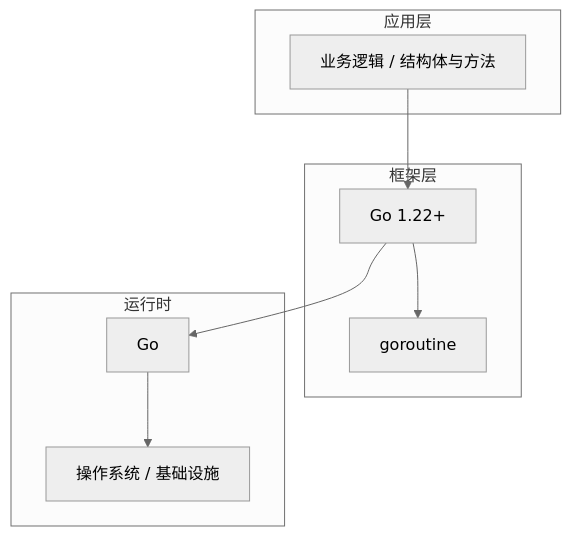
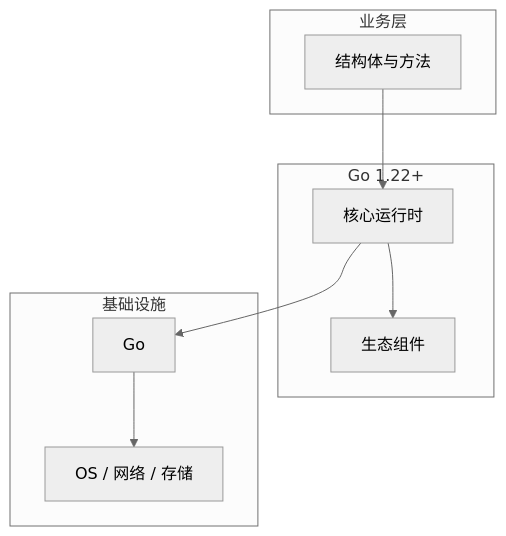
One commit to yanggan2015/knowledge-json-v2 changed the diagram in articles/Go语言/chapters/033-结构体与方法核心概念与原理.md. Above: the diagram before and after it, drawn with Mermaid (neutral theme). The commit also changed other lines of this file and 10127 other files, not shown here.

````diff
--- a/articles/Go语言/chapters/033-结构体与方法核心概念与原理.md
+++ b/articles/Go语言/chapters/033-结构体与方法核心概念与原理.md
@@ -45,18 +34,18 @@
 ```mermaid
 graph TB
-    subgraph 应用层
-        A[业务逻辑 / 结构体与方法]
+    subgraph 业务层
+        A[结构体与方法]
     end
-    subgraph 框架层
-        B[Go 1.22+]
-        C[goroutine]
+    subgraph Go 1.22+
+        B[核心运行时]
+        C[生态组件]
     end
-    subgraph 运行时
+    subgraph 基础设施
         D[Go]
-        E[操作系统 / 基础设施]
+        E[OS / 网络 / 存储]
     end
     A --> B
     B --> C
     B --> D
     D --> E
 ```
````
